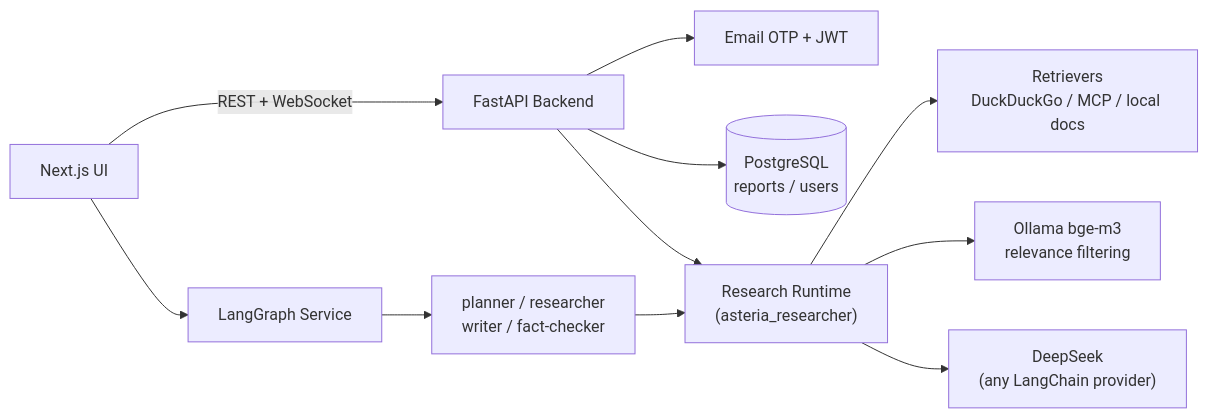
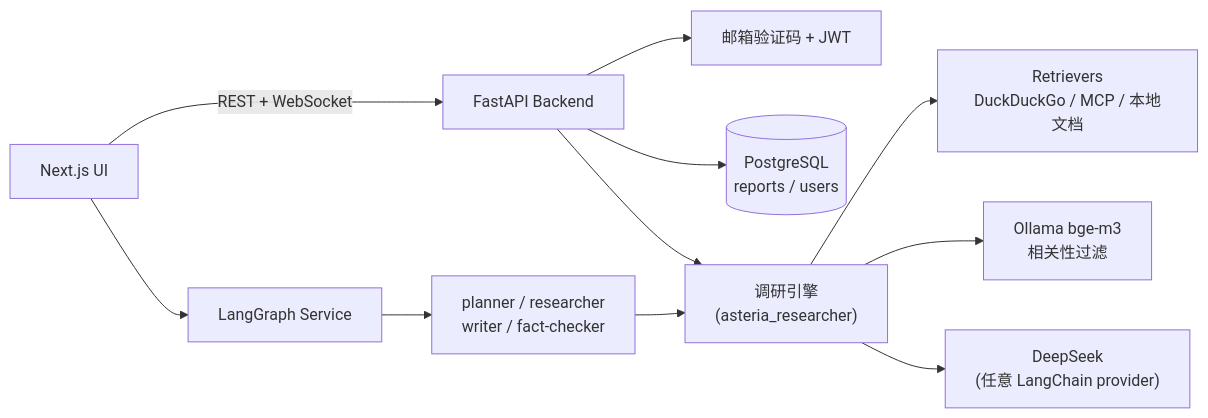
One commit to blurryface13/asteria-agent changed the diagram in README.md. Above: the diagram before and after it, drawn with Mermaid. The commit also changed other lines of this file, not shown here.

````diff
--- a/README.md
+++ b/README.md
@@ -38,13 +38,13 @@
 ```mermaid
 flowchart LR
     UI["Next.js UI"] -->|"REST + WebSocket"| API["FastAPI Backend"]
-    API --> Auth["Email OTP + JWT"]
+    API --> Auth["邮箱验证码 + JWT"]
     API --> Store[("PostgreSQL<br/>reports / users")]
-    API --> Runtime["Research Runtime<br/>(asteria_researcher)"]
-    Runtime --> Retrieval["Retrievers<br/>DuckDuckGo / MCP / local docs"]
-    Runtime --> Embed["Ollama bge-m3<br/>relevance filtering"]
-    Runtime --> LLM["DeepSeek<br/>(any LangChain provider)"]
+    API --> Runtime["调研引擎<br/>(asteria_researcher)"]
+    Runtime --> Retrieval["Retrievers<br/>DuckDuckGo / MCP / 本地文档"]
+    Runtime --> Embed["Ollama bge-m3<br/>相关性过滤"]
+    Runtime --> LLM["DeepSeek<br/>(任意 LangChain provider)"]
     UI --> Graph["LangGraph Service"]
     Graph --> Agents["planner / researcher<br/>writer / fact-checker"]
     Agents --> Runtime
 ```
````
